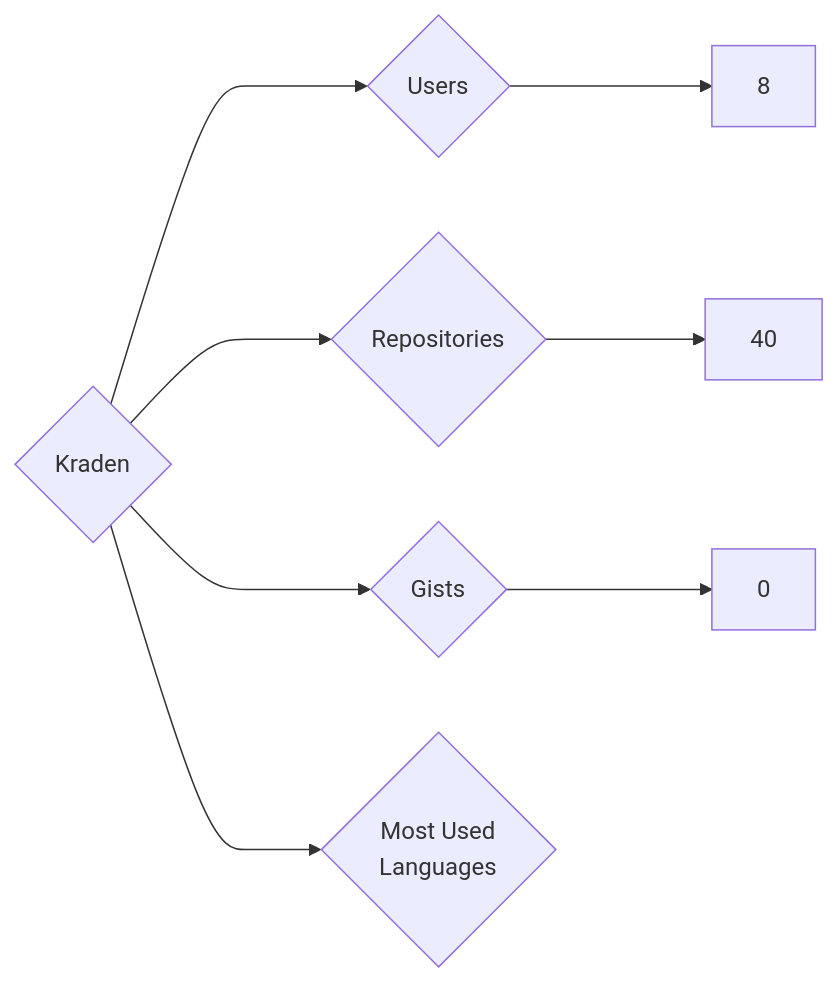
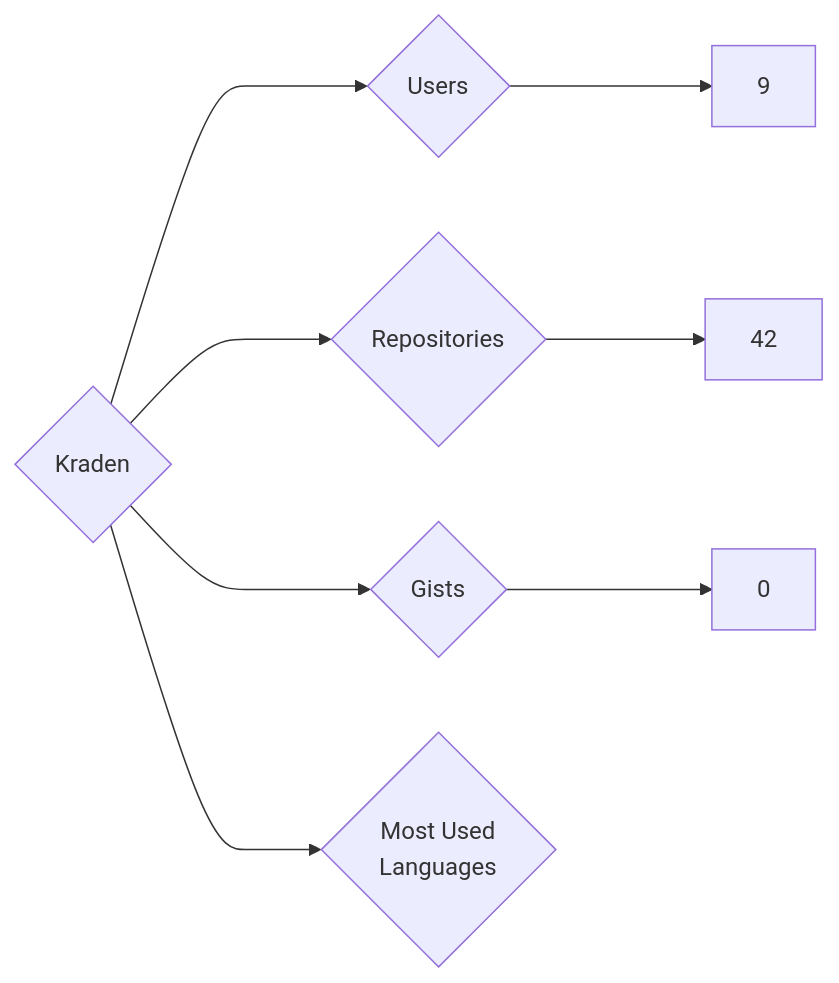
One commit to nenadzaric/insiders changed the diagram in targets/Kraden/README.md. Above: the diagram before and after it, drawn with Mermaid. The commit also changed 1342 other files, not shown here.

````diff
--- a/targets/Kraden/README.md
+++ b/targets/Kraden/README.md
@@ -3,8 +3,8 @@
 ```mermaid
 graph LR
 COMPANY_NAME{Kraden}
-COMPANY_NAME ---> U{Users} ---> UN[8]
-COMPANY_NAME ---> R{Repositories} ---> RN[40]
+COMPANY_NAME ---> U{Users} ---> UN[9]
+COMPANY_NAME ---> R{Repositories} ---> RN[42]
 COMPANY_NAME ---> G{Gists} ---> GN[0]
 COMPANY_NAME ---> ML{Most Used<br>Languages}
 ```
````
